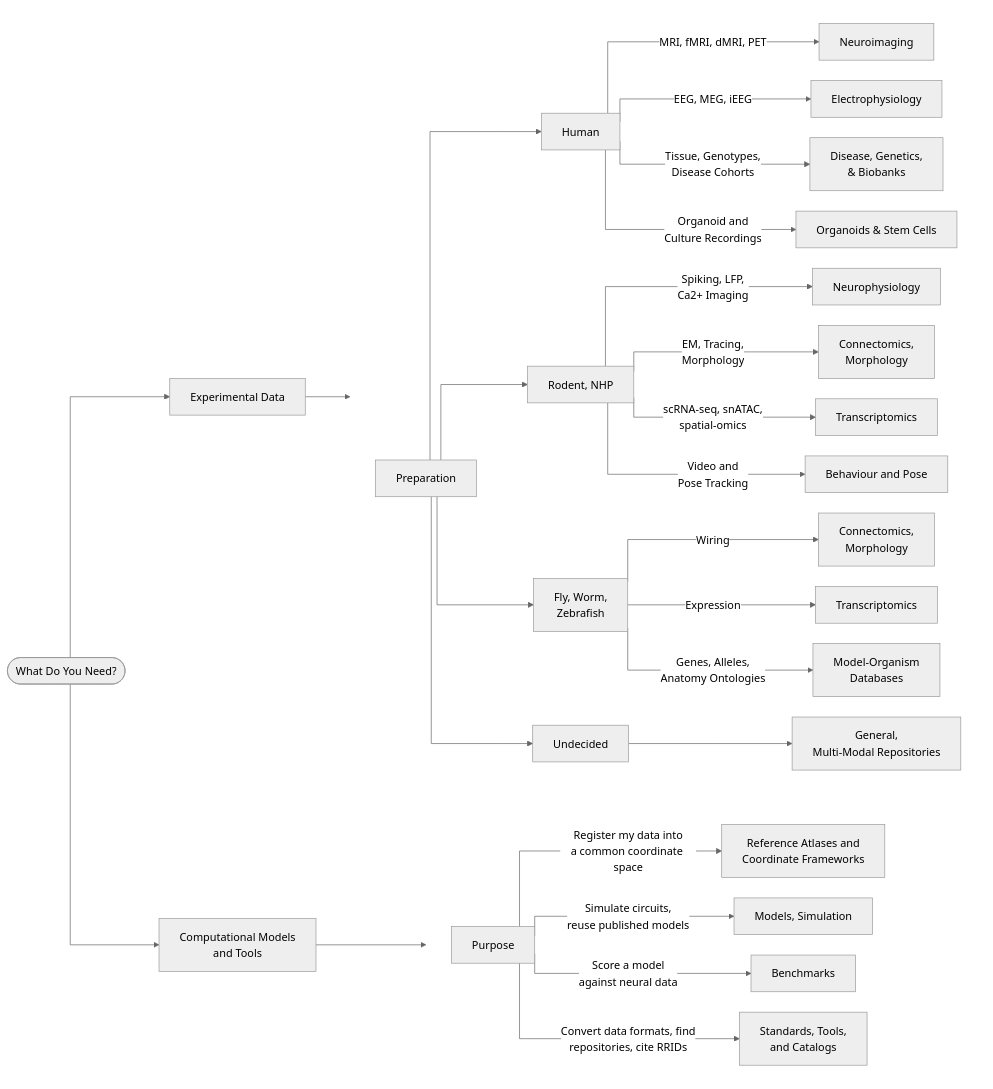
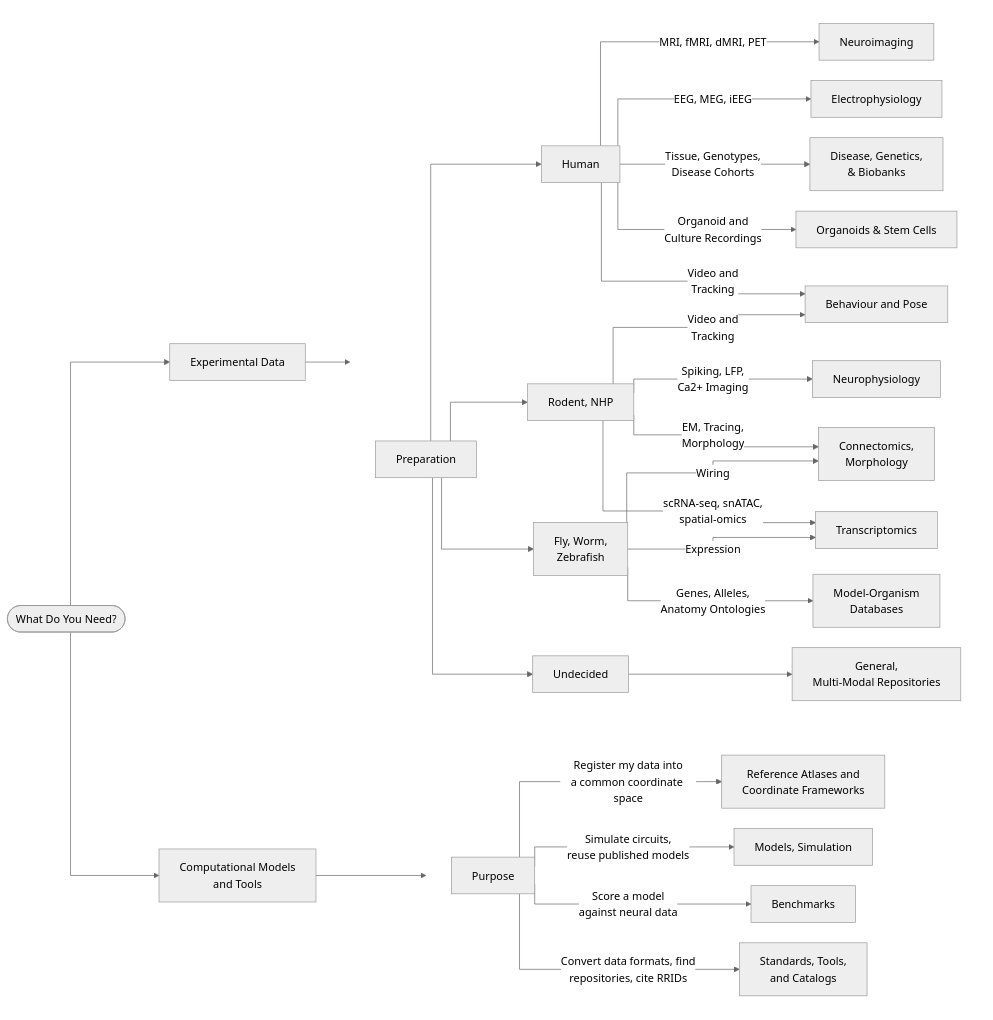
One commit to lauramedlock/neuroarchives changed the diagram in docs/index.md. Above: the diagram before and after it, drawn with Mermaid (neutral theme).

Commit message:
Fix tracking label in documentation

````diff
--- a/docs/index.md
+++ b/docs/index.md
@@ -41,44 +41,45 @@
 ```mermaid
 %%{init: {"flowchart": {"curve": "stepBefore", "useMaxWidth": true, "rankSpacing": 50, "nodeSpacing": 30}} }%%
 flowchart LR
     START([What Do You Need?])
     START --> EXP[Experimental Data]
     START --> MOD[Computational Models<br>and Tools]
     EXP --> PREP[Preparation]
     MOD --> PURPOSE[Purpose]
 
     subgraph expArm [ ]
     direction LR
     PREP -->GEN[Undecided]
     PREP -->HU[Human]
     PREP -->RO[Rodent, NHP]
     PREP -->INV[Fly, Worm,<br>Zebrafish]
 
     HU -->|MRI, fMRI, dMRI, PET| E1[Neuroimaging]
     HU -->|EEG, MEG, iEEG| E2[Electrophysiology]
     HU -->|Tissue, Genotypes,<br>Disease Cohorts| E3[Disease, Genetics,<br>& Biobanks]
     HU -->|Organoid and<br>Culture Recordings| E4[Organoids & Stem Cells]
+    HU -->|Video and<br>Tracking| E8[Behaviour and Pose]
 
     RO -->|Spiking, LFP,<br>Ca2+ Imaging| E5[Neurophysiology]
     RO -->|EM, Tracing,<br>Morphology| E6[Connectomics,<br>Morphology]
     RO -->|scRNA-seq, snATAC,<br>spatial-omics| E7[Transcriptomics]
-    RO -->|Video and<br>Pose Tracking| E8[Behaviour and Pose]
+    RO -->|Video and<br>Tracking| E8[Behaviour and Pose]
 
-    INV -->|Wiring| E6b[Connectomics,<br>Morphology]
-    INV -->|Expression| E7b[Transcriptomics]
+    INV -->|Wiring| E6[Connectomics,<br>Morphology]
+    INV -->|Expression| E7[Transcriptomics]
     INV -->|Genes, Alleles,<br>Anatomy Ontologies| E9[Model-Organism<br>Databases]
 
     GEN --> E10[General,<br>Multi-Modal Repositories]
     end
 
     subgraph modArm [ ]
     direction LR
     PURPOSE -->|Register my data into<br>a common coordinate space| M1[Reference Atlases and<br>Coordinate Frameworks]
     PURPOSE -->|Simulate circuits,<br>reuse published models| M2[Models, Simulation]
     PURPOSE -->|Score a model<br>against neural data| M4[Benchmarks]
     PURPOSE -->|Convert data formats, find<br>repositories, cite RRIDs| M3[Standards, Tools,<br>and Catalogs]
     end
 
     style expArm fill:none,stroke:none
     style modArm fill:none,stroke:none
 ```
````
